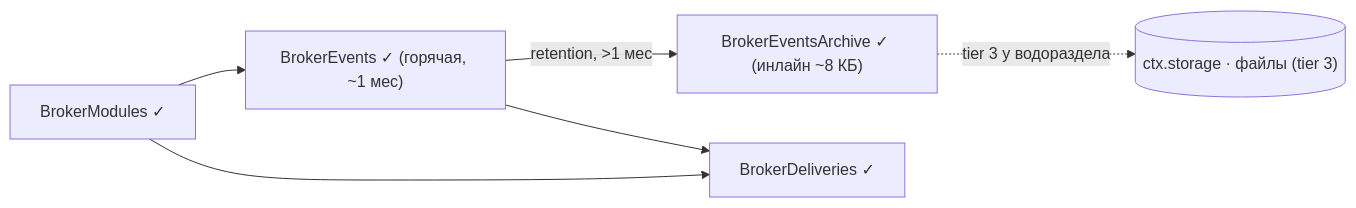
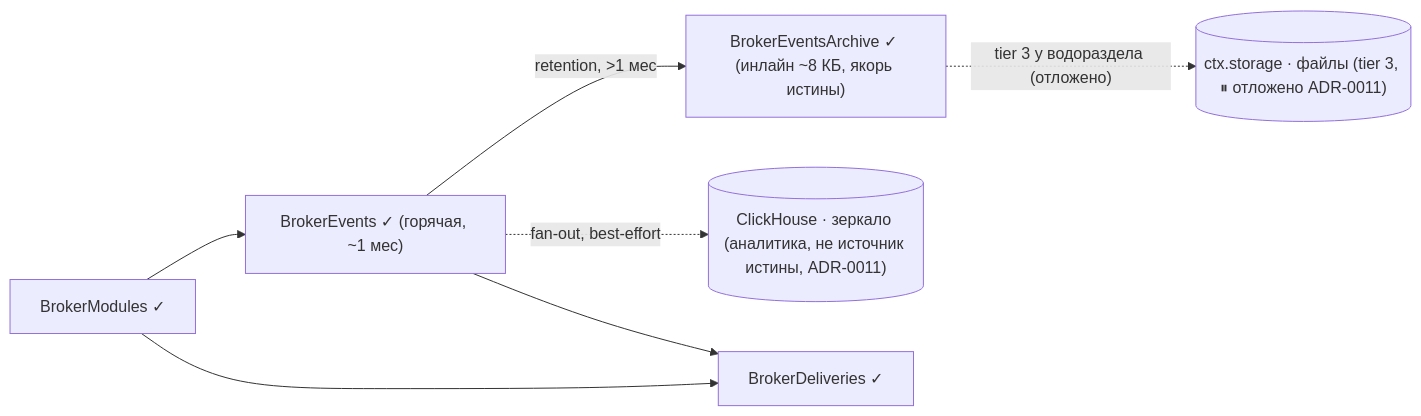
The third of 9 diagrams in s.chtm.khudoley.pro/p/units/aley/bpm/core/docs/spec/spec-map.md (andrey-khudoley/Chatium), drawn with Mermaid before and after one commit. The commit also changed other lines of this file and 7 other files, not shown here.

````diff
--- a/s.chtm.khudoley.pro/p/units/aley/bpm/core/docs/spec/spec-map.md
+++ b/s.chtm.khudoley.pro/p/units/aley/bpm/core/docs/spec/spec-map.md
@@ -113,13 +128,15 @@
 ```mermaid
 flowchart LR
   M["BrokerModules ✓"]
   Ev["BrokerEvents ✓ (горячая, ~1 мес)"]
-  Ar["BrokerEventsArchive ✓ (инлайн ~8 КБ)"]
-  Fs[("ctx.storage · файлы (tier 3)")]
+  Ar["BrokerEventsArchive ✓ (инлайн ~8 КБ, якорь истины)"]
+  Fs[("ctx.storage · файлы (tier 3, ⏸ отложено ADR-0011)")]
+  Ch[("ClickHouse · зеркало (аналитика, не источник истины, ADR-0011)")]
   De["BrokerDeliveries ✓"]
   M --> Ev
   Ev -->|"retention, >1 мес"| Ar
-  Ar -.->|"tier 3 у водораздела"| Fs
+  Ar -.->|"tier 3 у водораздела (отложено)"| Fs
+  Ev -.->|"fan-out, best-effort"| Ch
   M --> De
   Ev --> De
 ```
````
